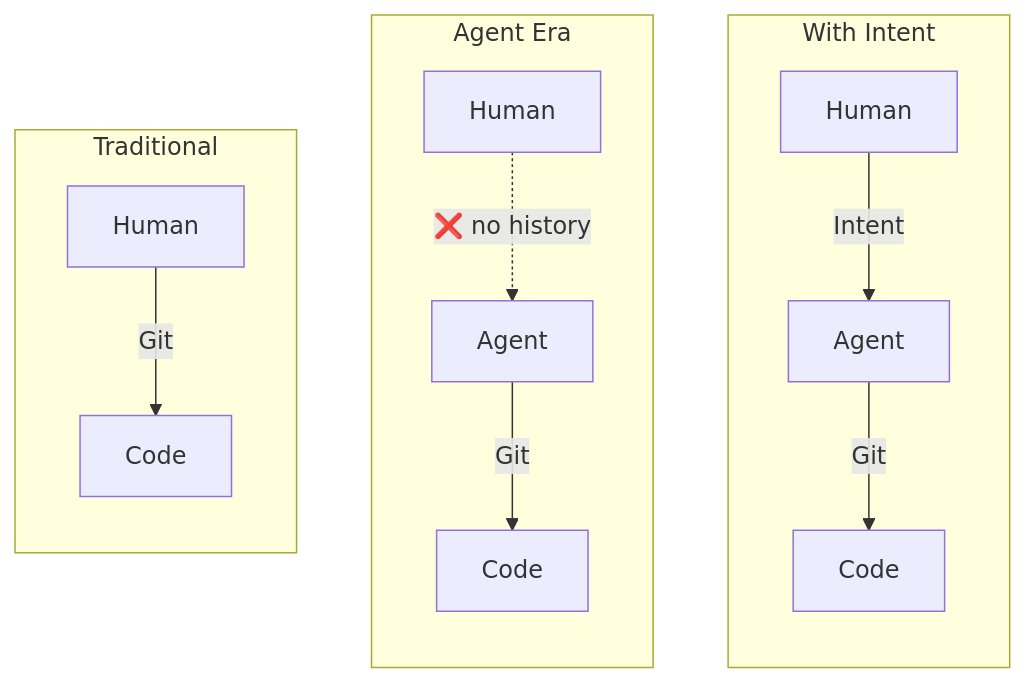
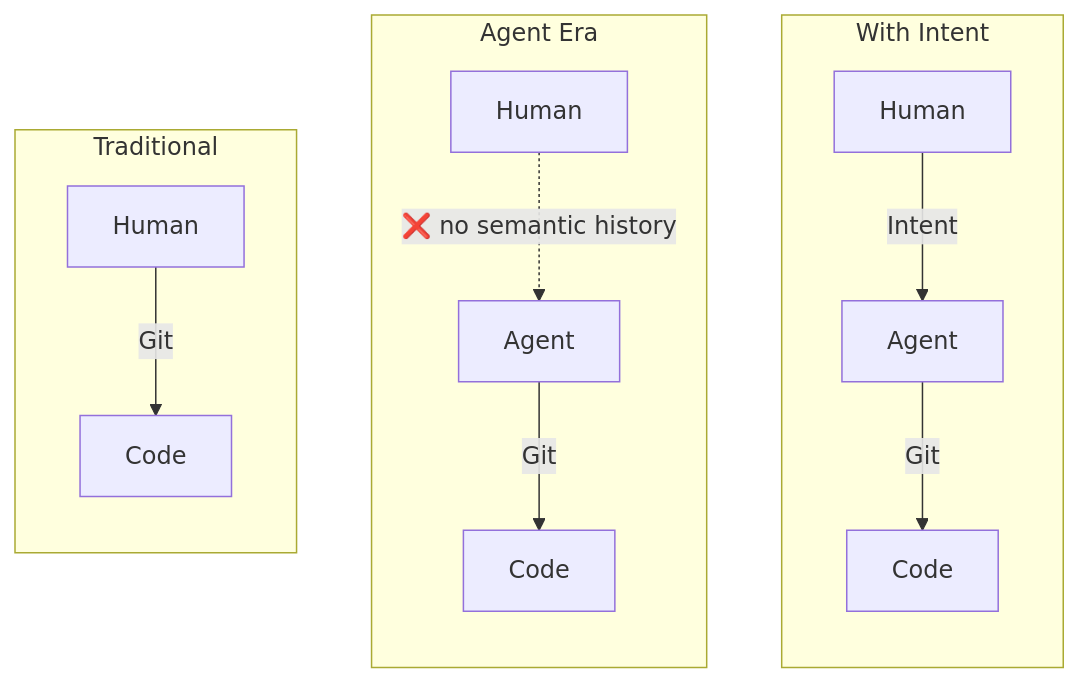
One commit to dozybot001/Intent changed the diagram in README.md. Above: the diagram before and after it, drawn with Mermaid. The commit also changed 1 other file, not shown here.

Commit message:
Fix label: no semantic history (not just no history)
Git tracks code history; the gap is specifically about semantic history.

````diff
--- a/README.md
+++ b/README.md
@@ -17,26 +17,26 @@
 ```mermaid
 flowchart LR
   subgraph traditional["Traditional"]
     direction TB
     H1["Human"]
     C1["Code"]
     H1 -->|"Git"| C1
   end
   subgraph agent["Agent Era"]
     direction TB
     H2["Human"]
     AG["Agent"]
     C2["Code"]
-    H2 -."❌ no history".-> AG
+    H2 -."❌ no semantic history".-> AG
     AG -->|"Git"| C2
   end
   subgraph withintent["With Intent"]
     direction TB
     H3["Human"]
     AG2["Agent"]
     C3["Code"]
     H3 -->|"Intent"| AG2
     AG2 -->|"Git"| C3
   end
   traditional ~~~ agent ~~~ withintent
 ```
````
